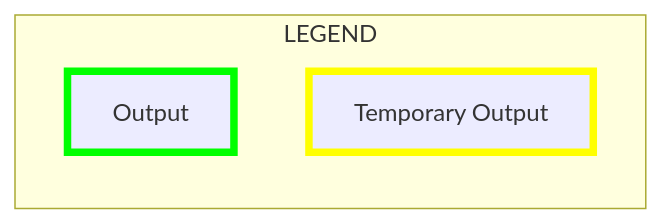
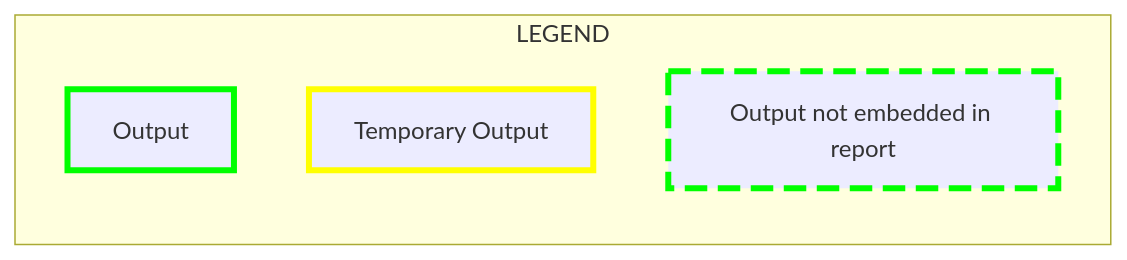
Before and after one commit to cuspuk/workflow_respiratory: the first of 2 diagrams in resources/diagram.md, drawn with Mermaid. The commit also changed other lines of this file and 5 other files, not shown here.

````diff
--- a/resources/diagram.md
+++ b/resources/diagram.md
@@ -5,12 +5,12 @@
 ```mermaid
 flowchart LR;
   subgraph LEG[LEGEND];
   L1[Output];
   L2[Temporary Output];
+  L3[Output not embedded in report];
 
-  style L1 stroke:#00ff00,stroke-width:5px;
-  style L2 stroke:#ffff00,stroke-width:5px;
+  style L1 stroke:#00ff00,stroke-width:4px;
+  style L3 stroke:#00ff00,stroke-width:4px, stroke-dasharray: 15 7;
+  style L2 stroke:#ffff00,stroke-width:4px;
   end;
-
-
 ```
````
